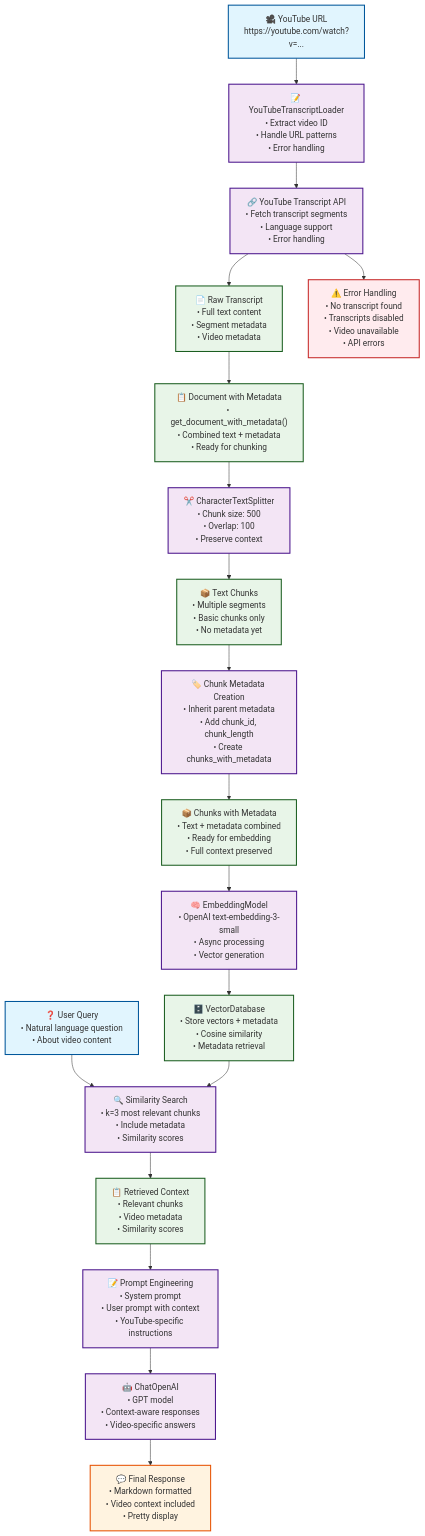
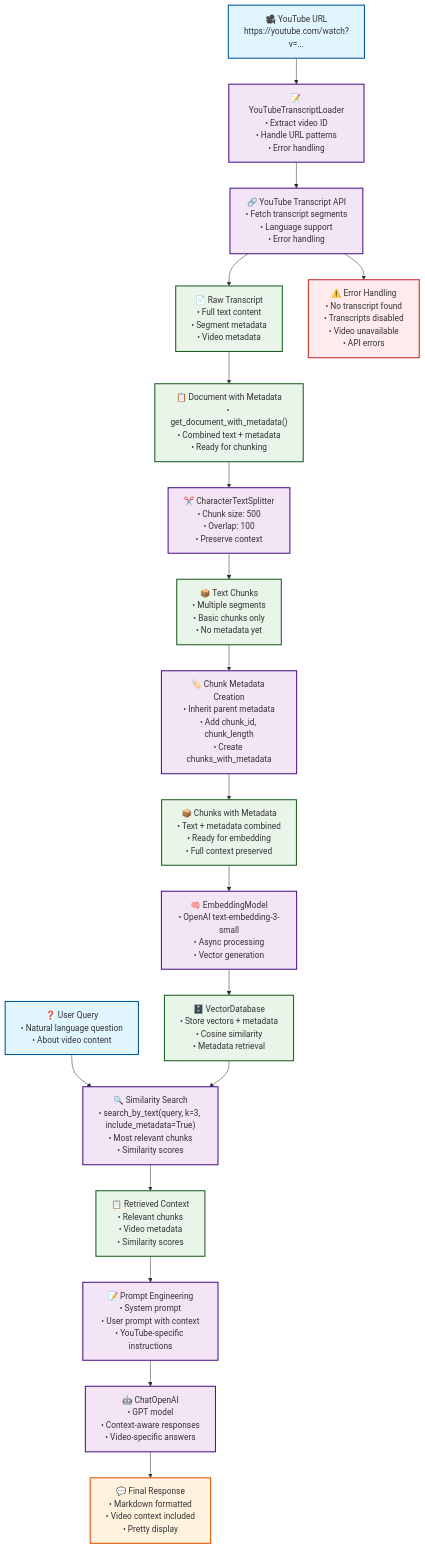
The diagram in 02_Embeddings_and_RAG/YouTube_RAG_Architecture.md (anilsharmay/AI-Engineering-Bootcamp), drawn with Mermaid before and after one commit. The commit also changed other lines of this file and 1 other file, not shown here.

First line of the commit message:
Embed Mermaid diagram in notebook and update architecture documentation

````diff
--- a/02_Embeddings_and_RAG/YouTube_RAG_Architecture.md
+++ b/02_Embeddings_and_RAG/YouTube_RAG_Architecture.md
@@ -3,72 +3,72 @@
 ```mermaid
 graph TB
     %% Input Layer
     YT_URL["🎥 YouTube URL<br/>https://youtube.com/watch?v=..."]
     
     %% YouTube Transcript Processing
     YT_LOADER["📝 YouTubeTranscriptLoader<br/>• Extract video ID<br/>• Handle URL patterns<br/>• Error handling"]
     YT_API["🔗 YouTube Transcript API<br/>• Fetch transcript segments<br/>• Language support<br/>• Error handling"]
     
     %% Text Processing
     TRANSCRIPT["📄 Raw Transcript<br/>• Full text content<br/>• Segment metadata<br/>• Video metadata"]
     DOC_METADATA["📋 Document with Metadata<br/>• get_document_with_metadata()<br/>• Combined text + metadata<br/>• Ready for chunking"]
     SPLITTER["✂️ CharacterTextSplitter<br/>• Chunk size: 500<br/>• Overlap: 100<br/>• Preserve context"]
     CHUNKS["📦 Text Chunks<br/>• Multiple segments<br/>• Basic chunks only<br/>• No metadata yet"]
     CHUNK_METADATA["🏷️ Chunk Metadata Creation<br/>• Inherit parent metadata<br/>• Add chunk_id, chunk_length<br/>• Create chunks_with_metadata"]
     CHUNKS_WITH_META["📦 Chunks with Metadata<br/>• Text + metadata combined<br/>• Ready for embedding<br/>• Full context preserved"]
     
     %% Vector Database
     EMBEDDING["🧠 EmbeddingModel<br/>• OpenAI text-embedding-3-small<br/>• Async processing<br/>• Vector generation"]
     VECTOR_DB["🗄️ VectorDatabase<br/>• Store vectors + metadata<br/>• Cosine similarity<br/>• Metadata retrieval"]
     
     %% RAG Pipeline
     USER_QUERY["❓ User Query<br/>• Natural language question<br/>• About video content"]
-    RETRIEVAL["🔍 Similarity Search<br/>• k=3 most relevant chunks<br/>• Include metadata<br/>• Similarity scores"]
+    RETRIEVAL["🔍 Similarity Search<br/>• search_by_text(query, k=3, include_metadata=True)<br/>• Most relevant chunks<br/>• Similarity scores"]
     CONTEXT["📋 Retrieved Context<br/>• Relevant chunks<br/>• Video metadata<br/>• Similarity scores"]
     
     %% LLM Processing
     PROMPTS["📝 Prompt Engineering<br/>• System prompt<br/>• User prompt with context<br/>• YouTube-specific instructions"]
     LLM["🤖 ChatOpenAI<br/>• GPT model<br/>• Context-aware responses<br/>• Video-specific answers"]
     
     %% Output
     RESPONSE["💬 Final Response<br/>• Markdown formatted<br/>• Video context included<br/>• Pretty display"]
     
     %% Error Handling
     ERROR_HANDLING["⚠️ Error Handling<br/>• No transcript found<br/>• Transcripts disabled<br/>• Video unavailable<br/>• API errors"]
     
     %% Flow connections
     YT_URL --> YT_LOADER
     YT_LOADER --> YT_API
     YT_API --> TRANSCRIPT
     YT_API --> ERROR_HANDLING
     
     TRANSCRIPT --> DOC_METADATA
     DOC_METADATA --> SPLITTER
     SPLITTER --> CHUNKS
     CHUNKS --> CHUNK_METADATA
     CHUNK_METADATA --> CHUNKS_WITH_META
     
     CHUNKS_WITH_META --> EMBEDDING
     EMBEDDING --> VECTOR_DB
     
     USER_QUERY --> RETRIEVAL
     VECTOR_DB --> RETRIEVAL
     RETRIEVAL --> CONTEXT
     
     CONTEXT --> PROMPTS
     PROMPTS --> LLM
     LLM --> RESPONSE
     
     %% Styling
     classDef inputClass fill:#e1f5fe,stroke:#01579b,stroke-width:2px
     classDef processClass fill:#f3e5f5,stroke:#4a148c,stroke-width:2px
     classDef storageClass fill:#e8f5e8,stroke:#1b5e20,stroke-width:2px
     classDef outputClass fill:#fff3e0,stroke:#e65100,stroke-width:2px
     classDef errorClass fill:#ffebee,stroke:#c62828,stroke-width:2px
     
     class YT_URL,USER_QUERY inputClass
     class YT_LOADER,YT_API,SPLITTER,CHUNK_METADATA,EMBEDDING,RETRIEVAL,PROMPTS,LLM processClass
     class TRANSCRIPT,DOC_METADATA,CHUNKS,CHUNKS_WITH_META,VECTOR_DB,CONTEXT storageClass
     class RESPONSE outputClass
     class ERROR_HANDLING errorClass
 ```
````
